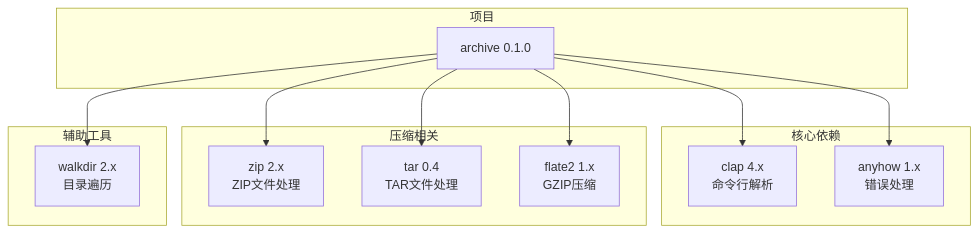
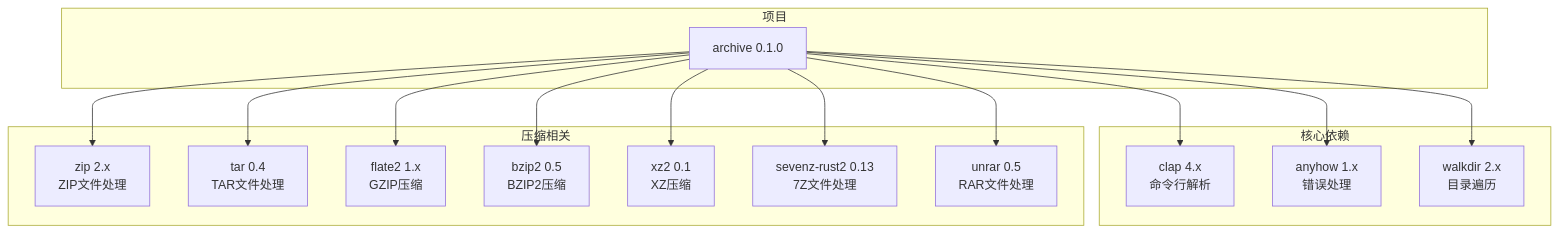
Before and after one commit to zhangjiacai-hub/myArchive: diagram 13 of 14 in .qoder/repowiki/zh/content/核心功能实现/列表功能实现.md, drawn with Mermaid. The commit also changed other lines of this file and 6 other files, not shown here.

````diff
--- a/.qoder/repowiki/zh/content/核心功能实现/列表功能实现.md
+++ b/.qoder/repowiki/zh/content/核心功能实现/列表功能实现.md
@@ -318,24 +514,30 @@
 ```mermaid
 graph TB
 subgraph "核心依赖"
 CLAP[clap 4.x<br/>命令行解析]
 ANYHOW[anyhow 1.x<br/>错误处理]
+WALKDIR[walkdir 2.x<br/>目录遍历]
 end
 subgraph "压缩相关"
 ZIP[zip 2.x<br/>ZIP文件处理]
 TAR[tar 0.4<br/>TAR文件处理]
 FLATE2[flate2 1.x<br/>GZIP压缩]
-end
-subgraph "辅助工具"
-WALKDIR[walkdir 2.x<br/>目录遍历]
+BZIP2[bzip2 0.5<br/>BZIP2压缩]
+XZ2[xz2 0.1<br/>XZ压缩]
+SEVENZ[sevenz-rust2 0.13<br/>7Z文件处理]
+UNRAR[unrar 0.5<br/>RAR文件处理]
 end
 subgraph "项目"
 ARCHIVE[archive 0.1.0]
 end
 ARCHIVE --> CLAP
 ARCHIVE --> ANYHOW
 ARCHIVE --> ZIP
 ARCHIVE --> TAR
 ARCHIVE --> FLATE2
+ARCHIVE --> BZIP2
+ARCHIVE --> XZ2
+ARCHIVE --> SEVENZ
+ARCHIVE --> UNRAR
 ARCHIVE --> WALKDIR
 ```
````
